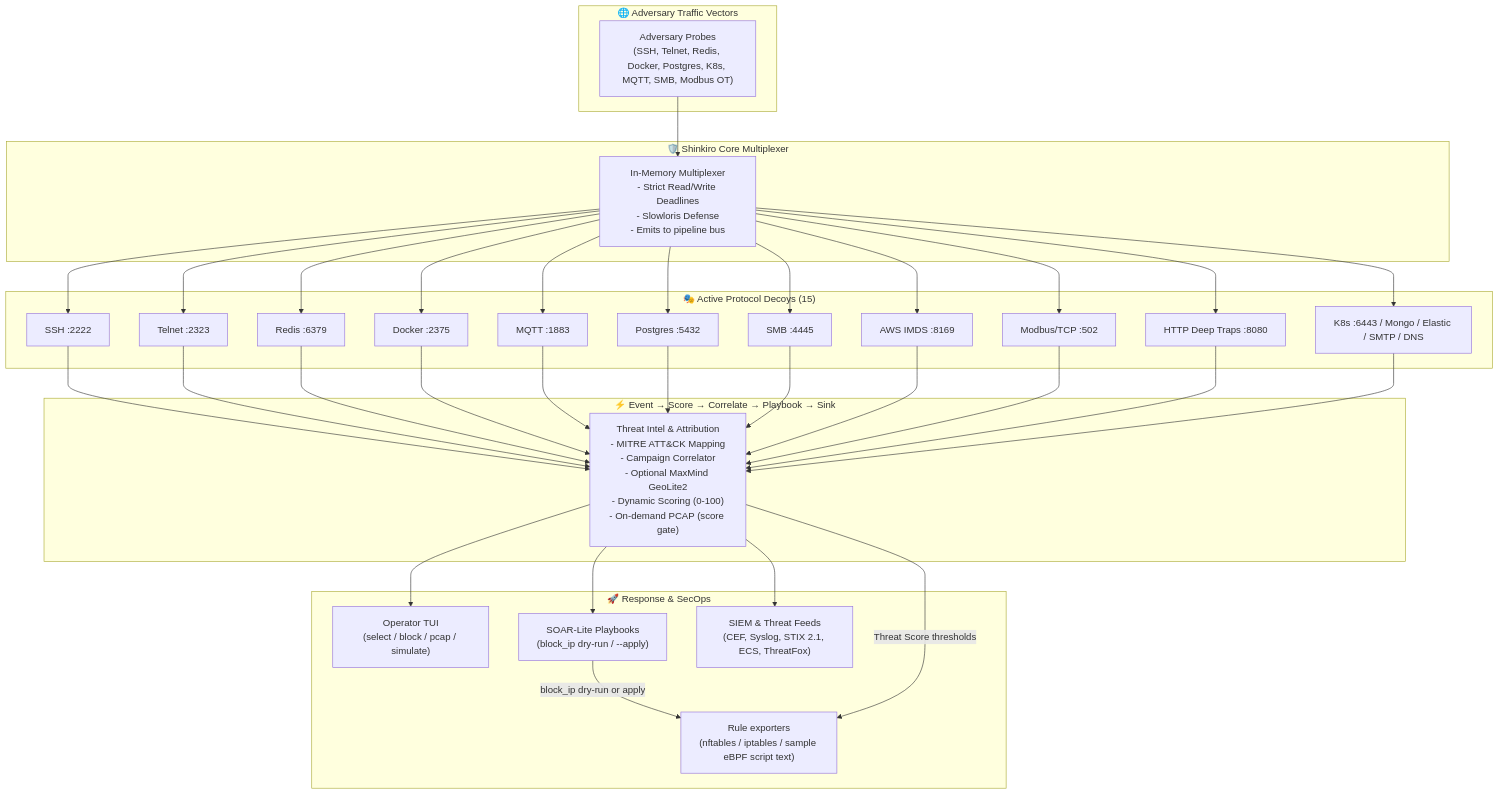
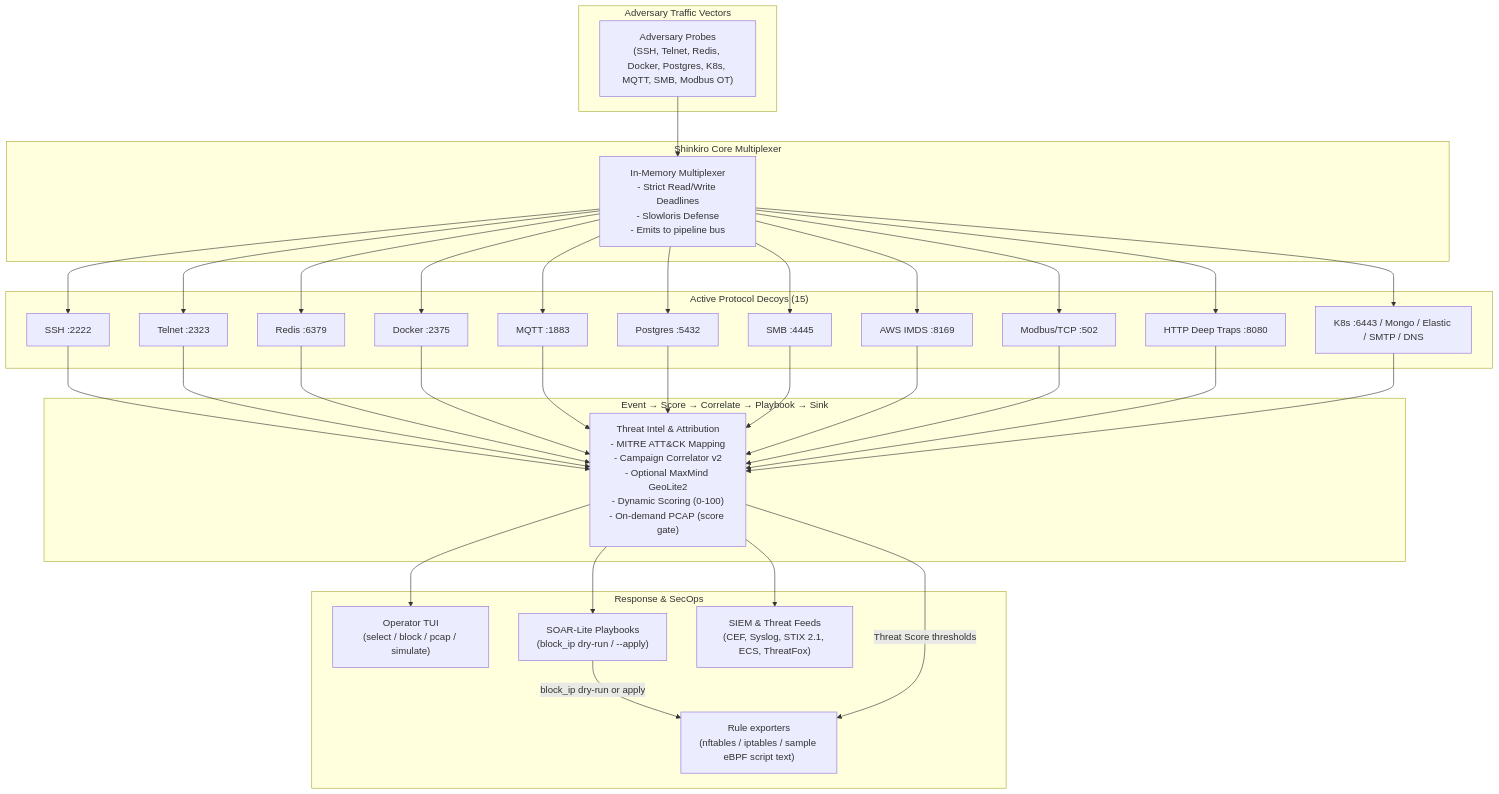
One commit to Haiagari/shinkiro changed the diagram in README.md. Above: the diagram before and after it, drawn with Mermaid. The commit also changed other lines of this file and 24 other files, not shown here.

First line of the commit message:
docs: complete documentation pass post-roadmap (#10–#16) (#17)

````diff
--- a/README.md
+++ b/README.md
@@ -45,66 +51,66 @@
 ```mermaid
 graph TD
-    subgraph Adversary ["🌐 Adversary Traffic Vectors"]
+    subgraph Adversary ["Adversary Traffic Vectors"]
         Attacker["Adversary Probes<br/>(SSH, Telnet, Redis, Docker, Postgres, K8s, MQTT, SMB, Modbus OT)"]
     end
 
-    subgraph Core ["🛡️ Shinkiro Core Multiplexer"]
+    subgraph Core ["Shinkiro Core Multiplexer"]
         Mux["In-Memory Multiplexer<br/>- Strict Read/Write Deadlines<br/>- Slowloris Defense<br/>- Emits to pipeline bus"]
     end
 
-    subgraph Decoys ["🎭 Active Protocol Decoys (15)"]
+    subgraph Decoys ["Active Protocol Decoys (15)"]
         D1["SSH :2222"]
         D2["Telnet :2323"]
         D3["Redis :6379"]
         D4["Docker :2375"]
         D5["MQTT :1883"]
         D6["Postgres :5432"]
         D7["SMB :4445"]
         D8["AWS IMDS :8169"]
         D9["Modbus/TCP :502"]
         D10["HTTP Deep Traps :8080"]
         D11["K8s :6443 / Mongo / Elastic / SMTP / DNS"]
     end
 
-    subgraph Pipeline ["⚡ Event → Score → Correlate → Playbook → Sink"]
-        Intel["Threat Intel & Attribution<br/>- MITRE ATT&CK Mapping<br/>- Campaign Correlator<br/>- Optional MaxMind GeoLite2<br/>- Dynamic Scoring (0-100)<br/>- On-demand PCAP (score gate)"]
+    subgraph Pipeline ["Event → Score → Correlate → Playbook → Sink"]
+        Intel["Threat Intel & Attribution<br/>- MITRE ATT&CK Mapping<br/>- Campaign Correlator v2<br/>- Optional MaxMind GeoLite2<br/>- Dynamic Scoring (0-100)<br/>- On-demand PCAP (score gate)"]
     end
 
-    subgraph Defense ["🚀 Response & SecOps"]
+    subgraph Defense ["Response & SecOps"]
         TUI["Operator TUI<br/>(select / block / pcap / simulate)"]
         SOAR["SOAR-Lite Playbooks<br/>(block_ip dry-run / --apply)"]
         SIEM["SIEM & Threat Feeds<br/>(CEF, Syslog, STIX 2.1, ECS, ThreatFox)"]
         Drop["Rule exporters<br/>(nftables / iptables / sample eBPF script text)"]
     end
 
     Attacker --> Mux
     Mux --> D1
     Mux --> D2
     Mux --> D3
     Mux --> D4
     Mux --> D5
     Mux --> D6
     Mux --> D7
     Mux --> D8
     Mux --> D9
     Mux --> D10
     Mux --> D11
 
     D1 --> Intel
     D2 --> Intel
     D3 --> Intel
     D4 --> Intel
     D5 --> Intel
     D6 --> Intel
     D7 --> Intel
     D8 --> Intel
     D9 --> Intel
     D10 --> Intel
     D11 --> Intel
 
     Intel --> TUI
     Intel --> SOAR
     Intel --> SIEM
     SOAR -->|block_ip dry-run or apply| Drop
     Intel -->|Threat Score thresholds| Drop
 ```
````
